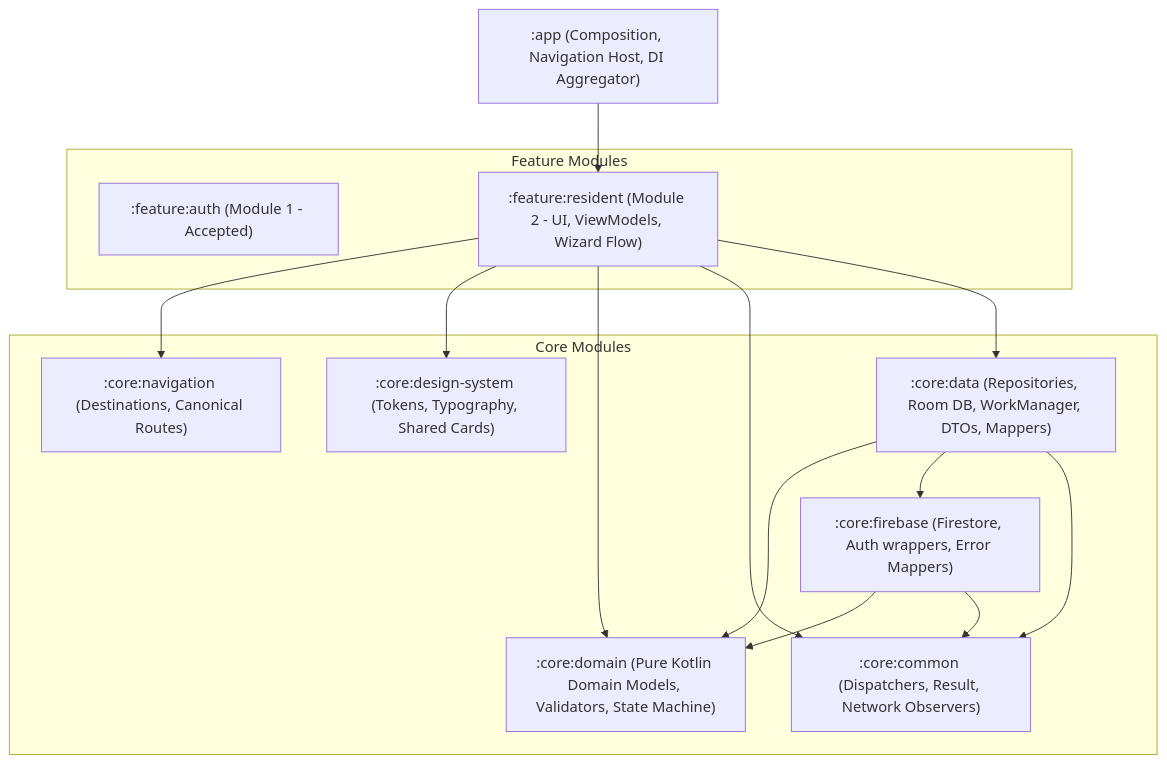
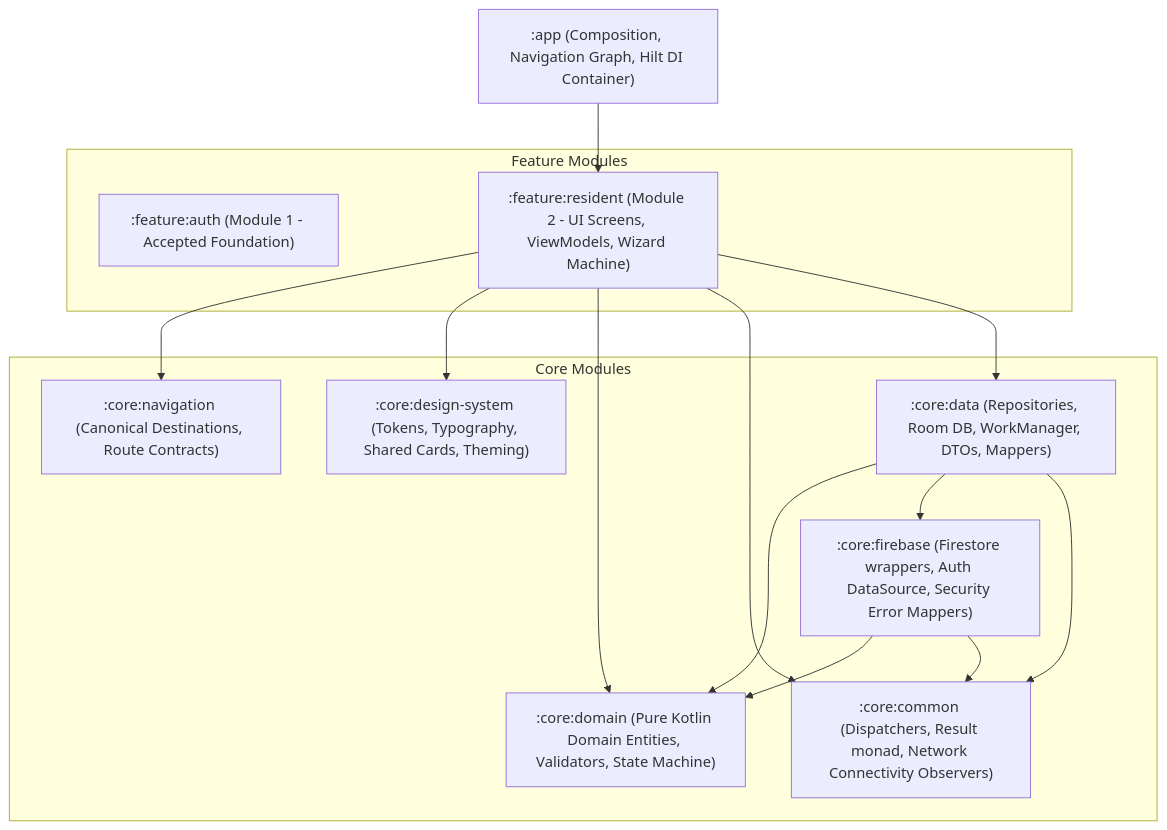
One commit to collinobeid/wastelink changed the first of 3 diagrams in docs/MODULE_2_RESIDENT_REQUEST_ARCHITECTURE.md. Above: the diagram before and after it, drawn with Mermaid. The commit also changed other lines of this file and 1 other file, not shown here.

Commit message:
docs(module2): finalize v2.1 architecture and checklist incorporating all nine Lead Technical Director corrections

````diff
--- a/docs/MODULE_2_RESIDENT_REQUEST_ARCHITECTURE.md
+++ b/docs/MODULE_2_RESIDENT_REQUEST_ARCHITECTURE.md
@@ -27,32 +26,32 @@
 ```mermaid
 graph TD
-    app[":app (Composition, Navigation Host, DI Aggregator)"]
+    app[":app (Composition, Navigation Graph, Hilt DI Container)"]
     
     subgraph Feature Modules
-        featAuth[":feature:auth (Module 1 - Accepted)"]
-        featRes[":feature:resident (Module 2 - UI, ViewModels, Wizard Flow)"]
+        featAuth[":feature:auth (Module 1 - Accepted Foundation)"]
+        featRes[":feature:resident (Module 2 - UI Screens, ViewModels, Wizard Machine)"]
     end
     
     subgraph Core Modules
-        coreNav[":core:navigation (Destinations, Canonical Routes)"]
-        coreDS[":core:design-system (Tokens, Typography, Shared Cards)"]
-        coreFB[":core:firebase (Firestore, Auth wrappers, Error Mappers)"]
+        coreNav[":core:navigation (Canonical Destinations, Route Contracts)"]
+        coreDS[":core:design-system (Tokens, Typography, Shared Cards, Theming)"]
+        coreFB[":core:firebase (Firestore wrappers, Auth DataSource, Security Error Mappers)"]
         coreData[":core:data (Repositories, Room DB, WorkManager, DTOs, Mappers)"]
-        coreDomain[":core:domain (Pure Kotlin Domain Models, Validators, State Machine)"]
-        coreCommon[":core:common (Dispatchers, Result, Network Observers)"]
+        coreDomain[":core:domain (Pure Kotlin Domain Entities, Validators, State Machine)"]
+        coreCommon[":core:common (Dispatchers, Result monad, Network Connectivity Observers)"]
     end
 
     app --> featRes
     featRes --> coreNav
     featRes --> coreDS
     featRes --> coreDomain
     featRes --> coreCommon
     featRes --> coreData
 
     coreData --> coreDomain
     coreData --> coreFB
     coreData --> coreCommon
 
     coreFB --> coreDomain
     coreFB --> coreCommon
 ```
````
